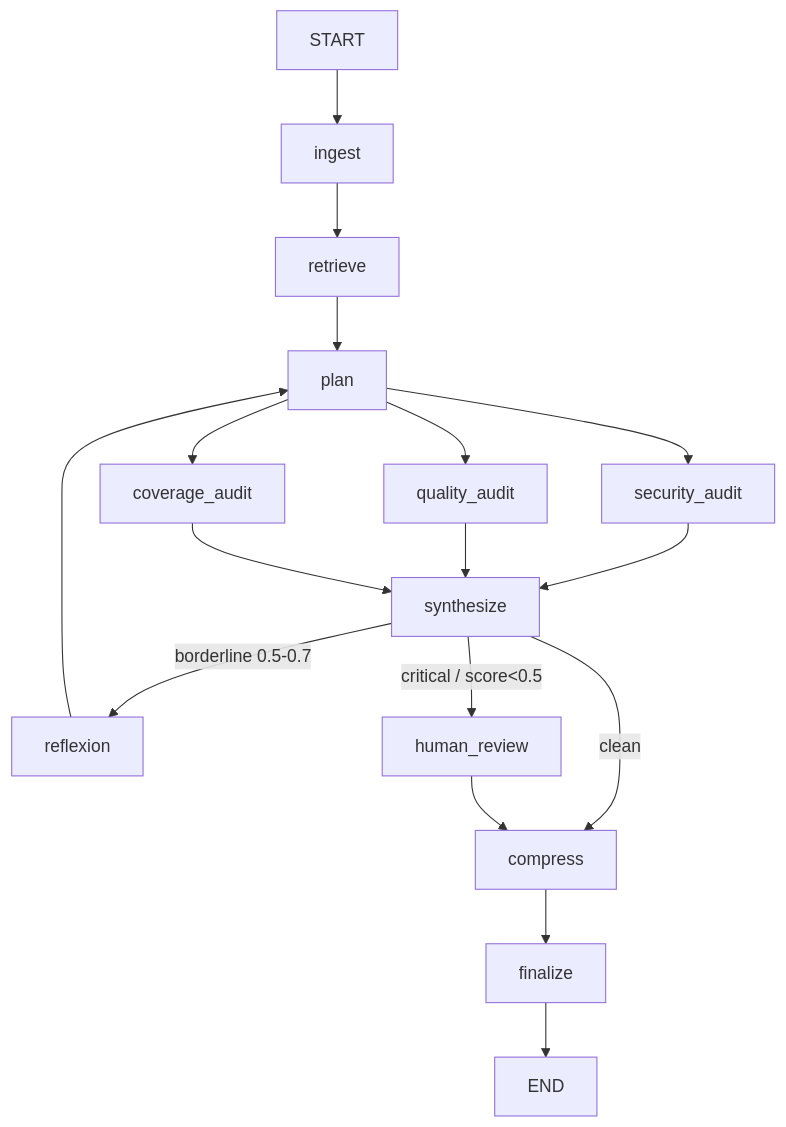
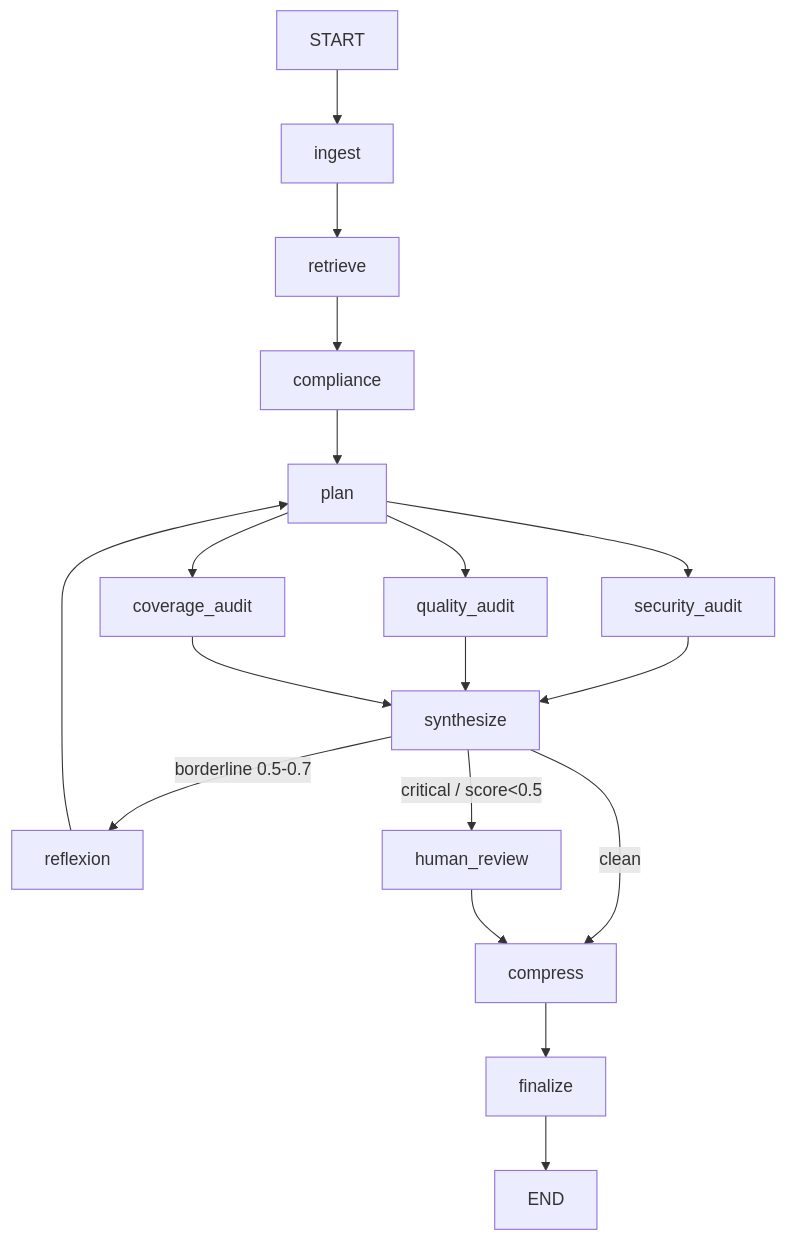
One commit to vivianjeet/langgraph-pr-audit-agent changed the diagram in README.md. Above: the diagram before and after it, drawn with Mermaid. The commit also changed other lines of this file and 11 other files, not shown here.

````diff
--- a/README.md
+++ b/README.md
@@ -36,19 +40,20 @@
 ```mermaid
 graph TD
     START --> ingest
     ingest --> retrieve
-    retrieve --> plan
+    retrieve --> compliance
+    compliance --> plan
     plan --> security_audit
     plan --> quality_audit
     plan --> coverage_audit
     security_audit --> synthesize
     quality_audit --> synthesize
     coverage_audit --> synthesize
     synthesize -->|borderline 0.5-0.7| reflexion
     synthesize -->|critical / score<0.5| human_review
     synthesize -->|clean| compress
     reflexion --> plan
     human_review --> compress
     compress --> finalize
     finalize --> END
 ```
````
